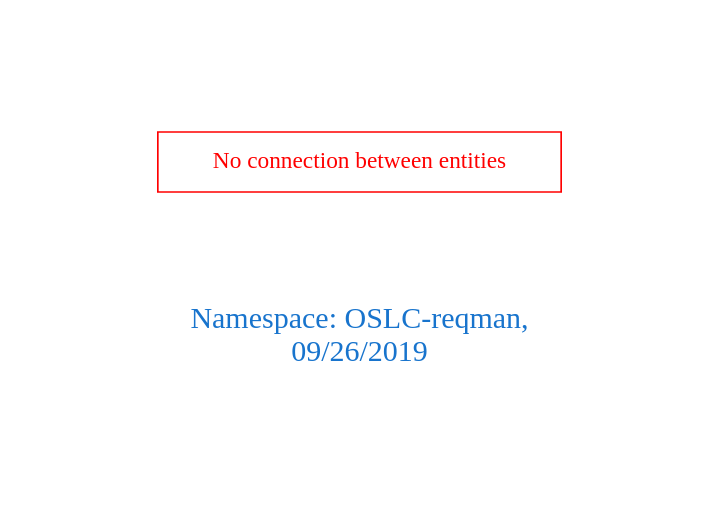
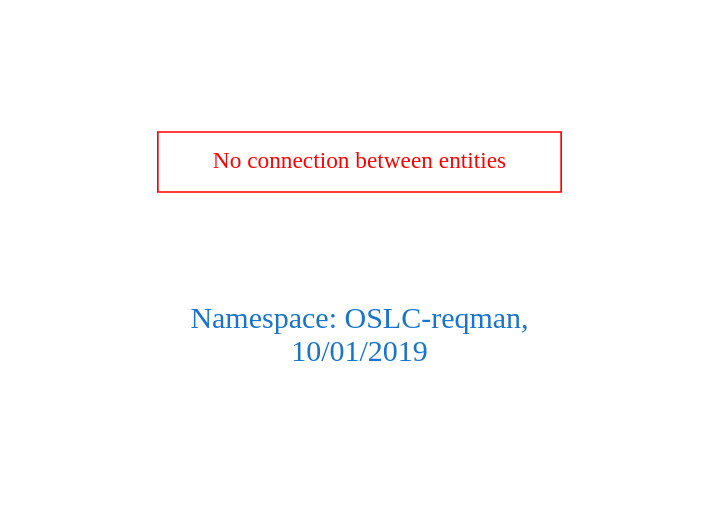
The diagram in downloads/OSLC-reqman.dot (arago/OGIT), drawn with Graphviz before and after one commit. The commit also changed 152 other files, not shown here.

```diff
--- a/downloads/OSLC-reqman.dot
+++ b/downloads/OSLC-reqman.dot
@@ -1,9 +1,9 @@
 digraph OGIT_ontology {
  graph [ rankdir= LR,pad=1 
 fontsize = 18,
-fontcolor= dodgerblue3,label = "\n\n\nNamespace: OSLC-reqman, \n 09/26/2019"];
+fontcolor= dodgerblue3,label = "\n\n\nNamespace: OSLC-reqman, \n 10/01/2019"];
 node[shape=polygon];
 edge [  color="gray81"];
 
 "No connection between entities" [fontcolor = "red",color="red", shape="polygon"]
 }
```
